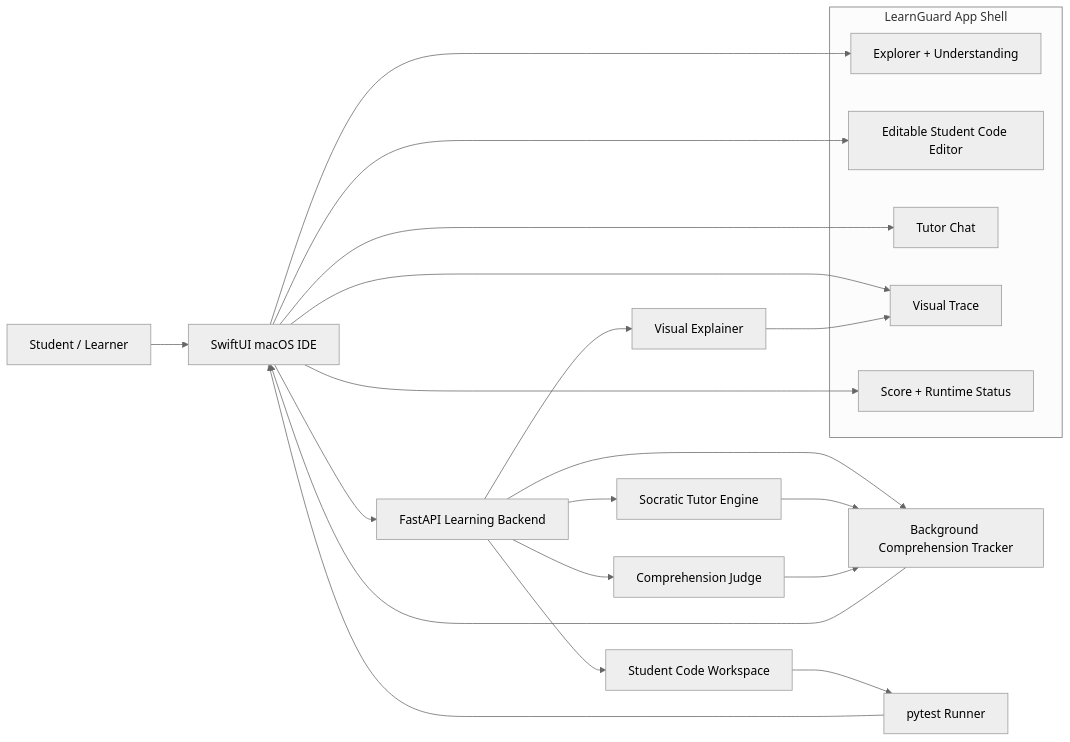
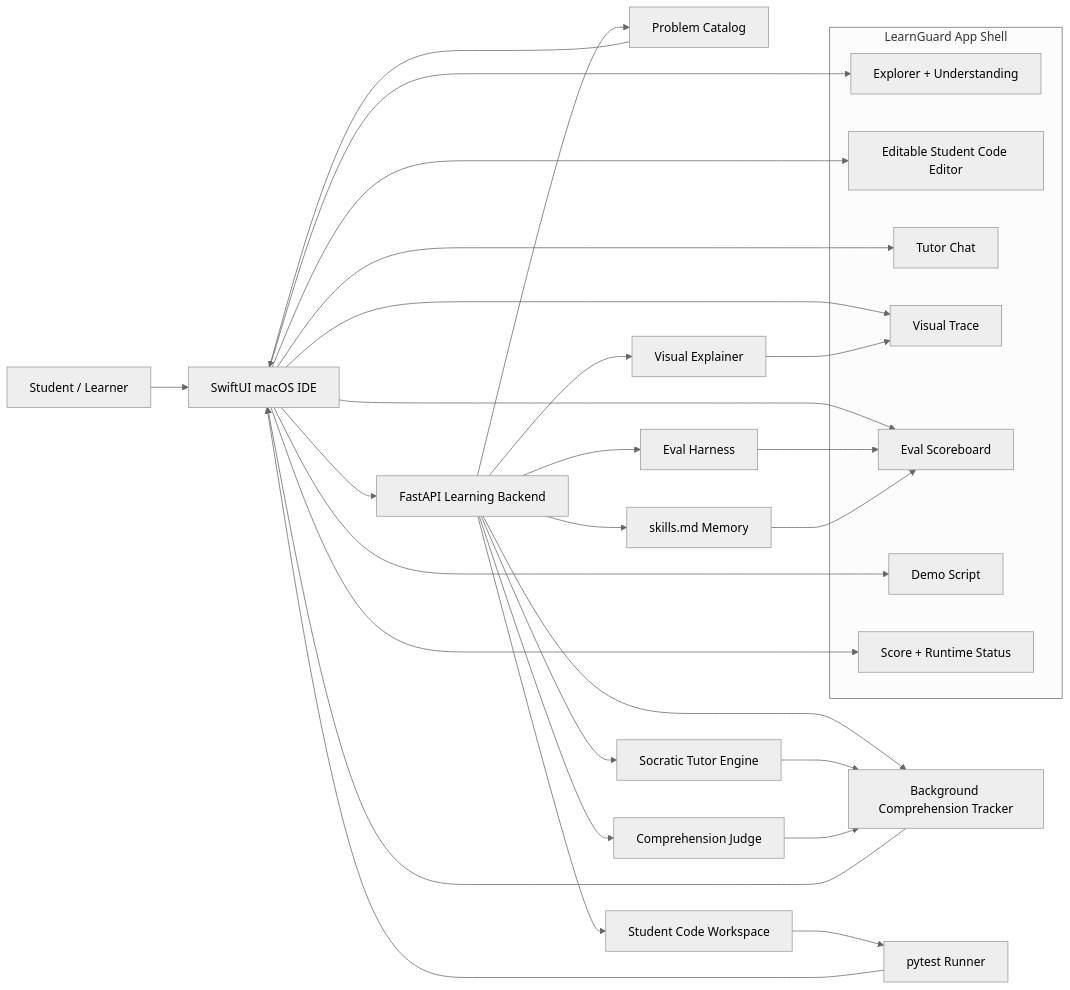
Before and after one commit to minchiaHuang/LearnGuard: the first of 3 diagrams in ARCHITECTURE.md, drawn with Mermaid (neutral theme). The commit also changed other lines of this file and 2 other files, not shown here.

````diff
--- a/ARCHITECTURE.md
+++ b/ARCHITECTURE.md
@@ -13,32 +13,42 @@
 ```mermaid
 flowchart LR
     Student["Student / Learner"] --> App["SwiftUI macOS IDE"]
 
     subgraph AppShell["LearnGuard App Shell"]
         Explorer["Explorer + Understanding"]
         Editor["Editable Student Code Editor"]
         TutorPanel["Tutor Chat"]
         VisualPanel["Visual Trace"]
+        ScoreboardPanel["Eval Scoreboard"]
+        ScriptPanel["Demo Script"]
         Status["Score + Runtime Status"]
     end
 
     App --> Explorer
     App --> Editor
     App --> TutorPanel
     App --> VisualPanel
+    App --> ScoreboardPanel
+    App --> ScriptPanel
     App --> Status
 
     App --> API["FastAPI Learning Backend"]
+    API --> Catalog["Problem Catalog"]
     API --> Tutor["Socratic Tutor Engine"]
     API --> Judge["Comprehension Judge"]
     API --> Explainer["Visual Explainer"]
     API --> Workspace["Student Code Workspace"]
     API --> Score["Background Comprehension Tracker"]
+    API --> Evals["Eval Harness"]
+    API --> Skills["skills.md Memory"]
 
+    Catalog --> App
     Workspace --> Tests["pytest Runner"]
     Tutor --> Score
     Judge --> Score
     Explainer --> VisualPanel
     Tests --> App
     Score --> App
+    Evals --> ScoreboardPanel
+    Skills --> ScoreboardPanel
 ```
````
